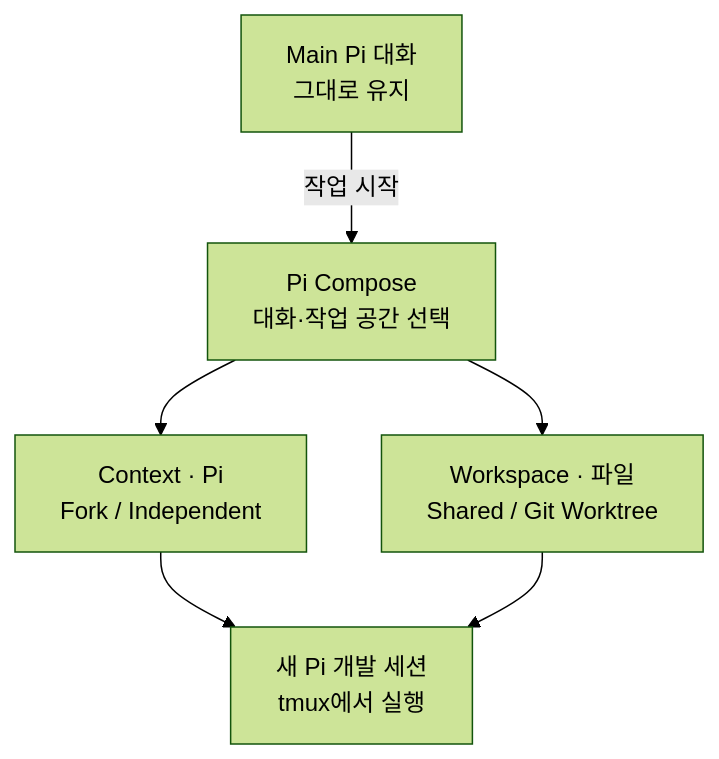
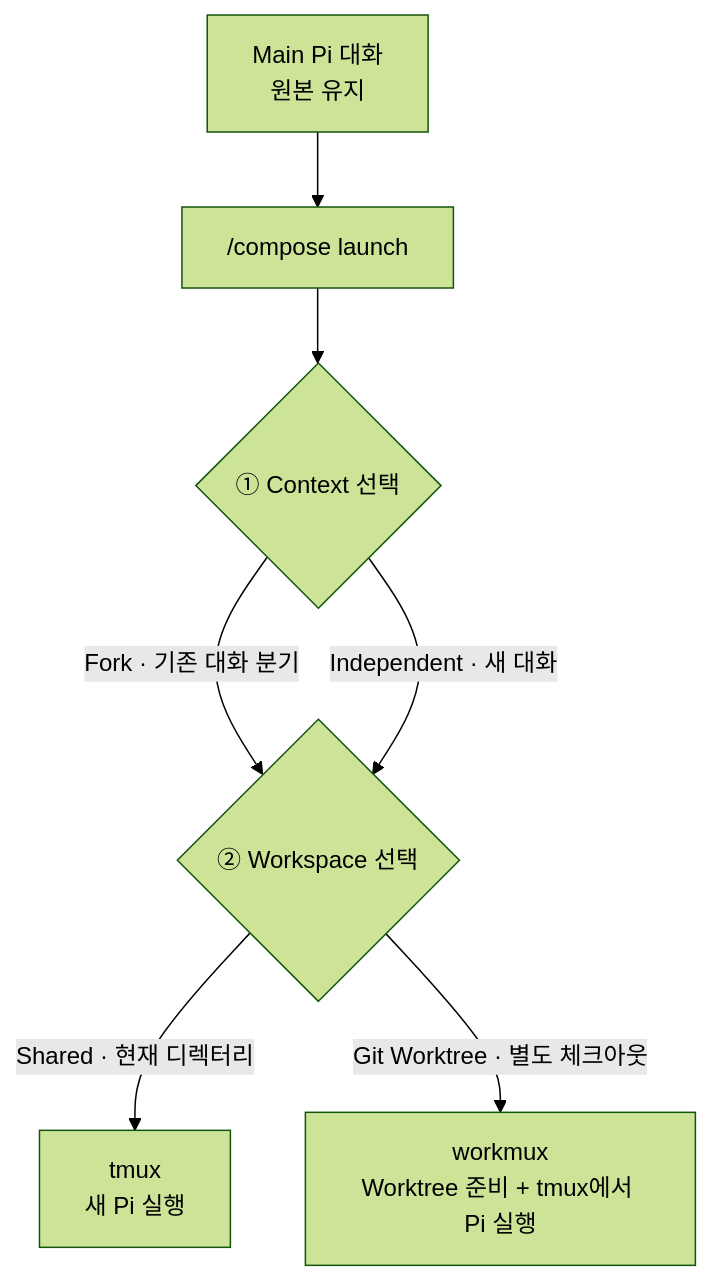
The diagram in README.md (SEONGMINY/pi-compose), drawn with Mermaid (forest theme) before and after one commit. The commit also changed other lines of this file, not shown here.

Commit message:
docs: clarify independent context and workspace choices in README

````diff
--- a/README.md
+++ b/README.md
@@ -43,8 +43,9 @@
 ```mermaid
 flowchart TB
-    Main["Main Pi 대화<br/>그대로 유지"] -->|작업 시작| Compose["Pi Compose<br/>대화·작업 공간 선택"]
-    Compose --> Context["Context · Pi<br/>Fork / Independent"]
-    Compose --> Workspace["Workspace · 파일<br/>Shared / Git Worktree"]
-    Context --> Agent["새 Pi 개발 세션<br/>tmux에서 실행"]
-    Workspace --> Agent
+    Main["Main Pi 대화<br/>원본 유지"] --> Launch["/compose launch"]
+    Launch --> Context{"① Context 선택"}
+    Context -->|"Fork · 기존 대화 분기"| Workspace{"② Workspace 선택"}
+    Context -->|"Independent · 새 대화"| Workspace
+    Workspace -->|"Shared · 현재 디렉터리"| Shared["tmux<br/>새 Pi 실행"]
+    Workspace -->|"Git Worktree · 별도 체크아웃"| Worktree["workmux<br/>Worktree 준비 + tmux에서 Pi 실행"]
 ```
````
